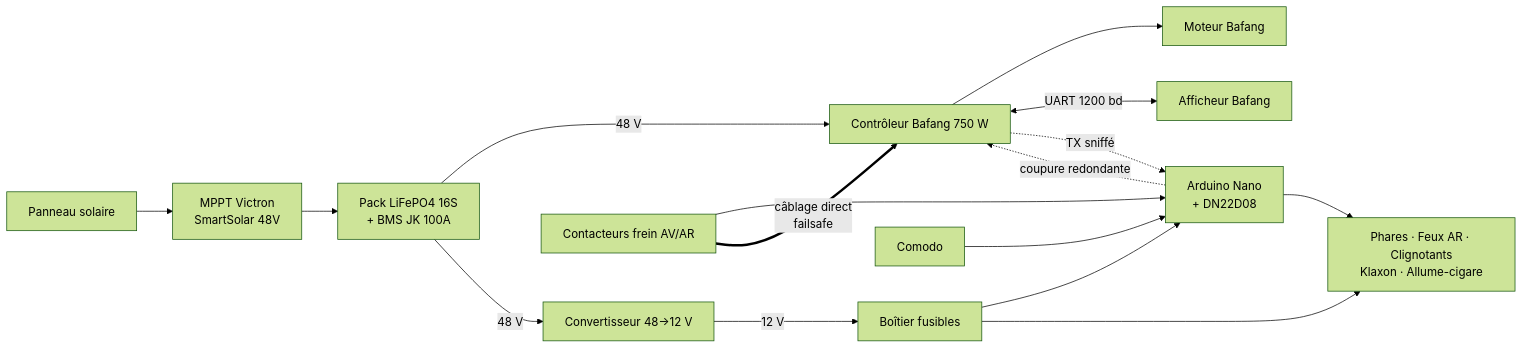
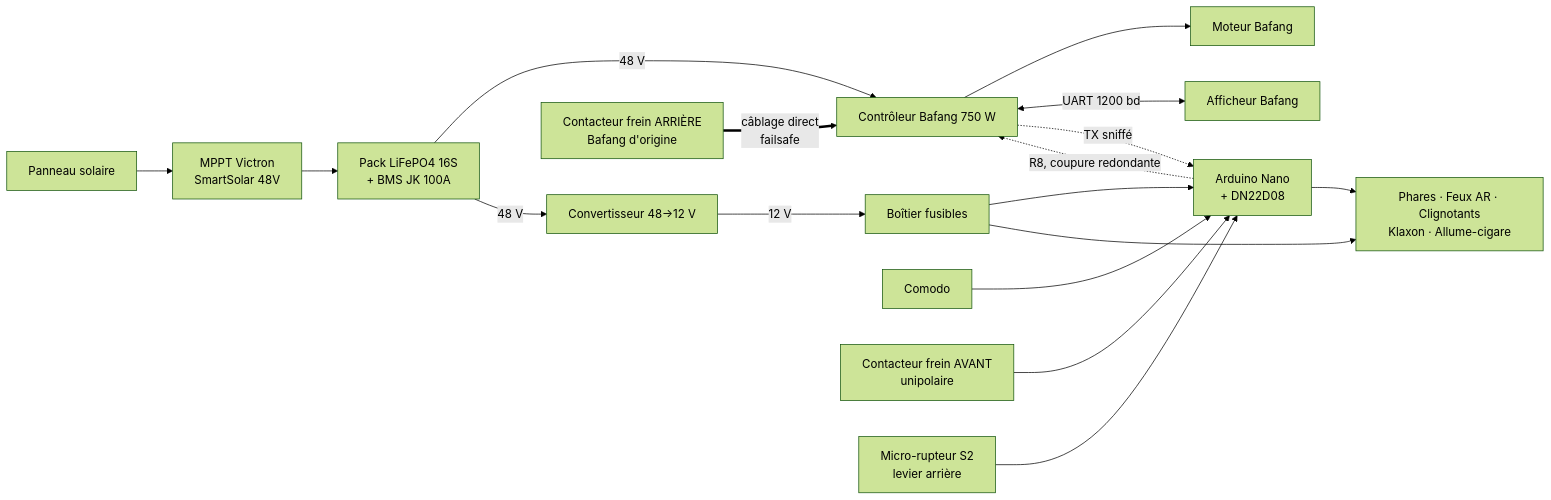
The diagram in specs/00-vue-densemble.md (darkone-linux/vhelio-arduino), drawn with Mermaid (forest theme) before and after one commit. The commit also changed other lines of this file and 21 other files, not shown here.

````diff
--- a/specs/00-vue-densemble.md
+++ b/specs/00-vue-densemble.md
@@ -72,18 +86,19 @@
 ```mermaid
 flowchart LR
   PV[Panneau solaire] --> MPPT[MPPT Victron<br/>SmartSolar 48V]
   MPPT --> PACK[Pack LiFePO4 16S<br/>+ BMS JK 100A]
   PACK -->|48 V| CTRL[Contrôleur Bafang 750 W]
   PACK -->|48 V| CONV[Convertisseur 48→12 V]
   CTRL --> MOT[Moteur Bafang]
   CTRL <-->|UART 1200 bd| DISP[Afficheur Bafang]
   CTRL -.->|TX sniffé| NANO
   CONV -->|12 V| FUSE[Boîtier fusibles]
   FUSE --> NANO[Arduino Nano<br/>+ DN22D08]
   FUSE --> LOADS[Phares · Feux AR · Clignotants<br/>Klaxon · Allume-cigare]
   COMODO[Comodo] --> NANO
-  BRK[Contacteurs frein AV/AR] --> NANO
-  BRK ==>|câblage direct<br/>failsafe| CTRL
+  BAV[Contacteur frein AVANT<br/>unipolaire] --> NANO
+  BAR[Contacteur frein ARRIÈRE<br/>Bafang d'origine] ==>|câblage direct<br/>failsafe| CTRL
+  S2[Micro-rupteur S2<br/>levier arrière] --> NANO
   NANO --> LOADS
-  NANO -.->|coupure redondante| CTRL
+  NANO -.->|R8, coupure redondante| CTRL
 ```
````
